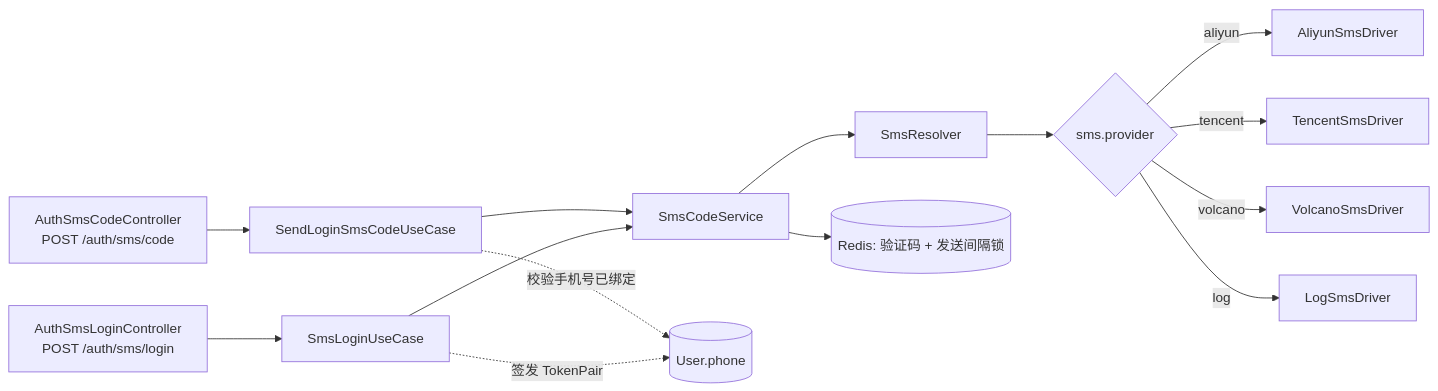
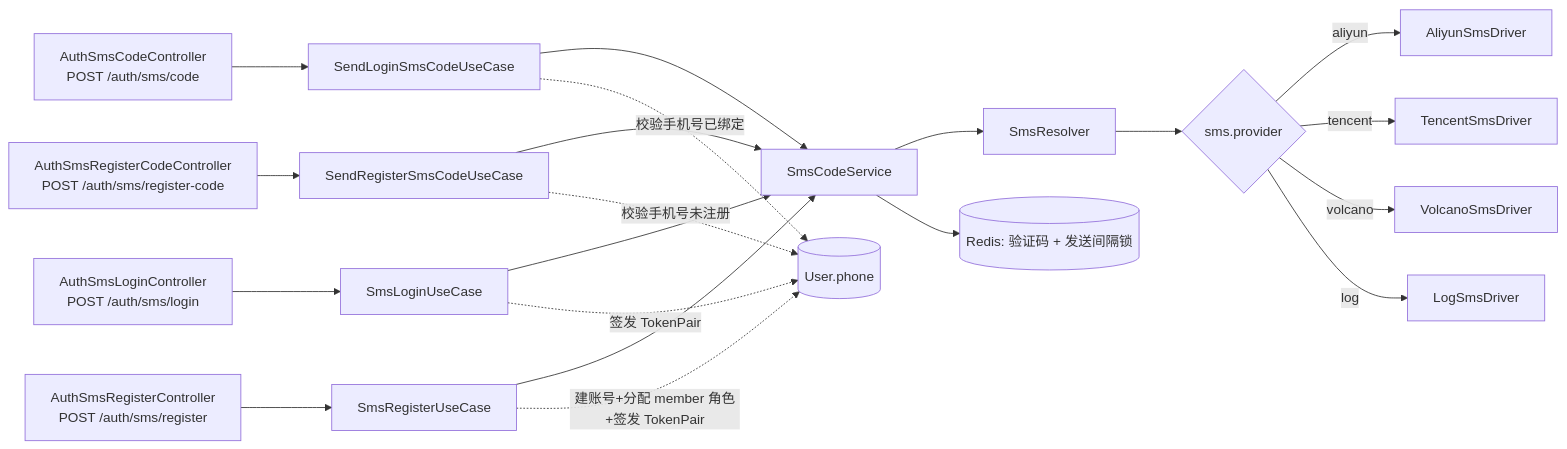
Before and after one commit to yiting001/E-sports-01: the diagram in docs/sms.md, drawn with Mermaid. The commit also changed other lines of this file and 13 other files, not shown here.

````diff
--- a/docs/sms.md
+++ b/docs/sms.md
@@ -20,15 +20,21 @@
 ```mermaid
 flowchart LR
   C[AuthSmsCodeController<br/>POST /auth/sms/code] --> U1[SendLoginSmsCodeUseCase]
   L[AuthSmsLoginController<br/>POST /auth/sms/login] --> U2[SmsLoginUseCase]
+  RC[AuthSmsRegisterCodeController<br/>POST /auth/sms/register-code] --> U3[SendRegisterSmsCodeUseCase]
+  RG[AuthSmsRegisterController<br/>POST /auth/sms/register] --> U4[SmsRegisterUseCase]
   U1 --> SC[SmsCodeService]
   U2 --> SC
+  U3 --> SC
+  U4 --> SC
   SC --> R[SmsResolver] --> P{sms.provider}
   P -->|aliyun| A[AliyunSmsDriver]
   P -->|tencent| T[TencentSmsDriver]
   P -->|volcano| V[VolcanoSmsDriver]
   P -->|log| G[LogSmsDriver]
   SC --> RD[(Redis: 验证码 + 发送间隔锁)]
   U1 -.校验手机号已绑定.-> DB[(User.phone)]
+  U3 -.校验手机号未注册.-> DB
+  U4 -.建账号+分配 member 角色+签发 TokenPair.-> DB
   U2 -.签发 TokenPair.-> DB
 ```
````
